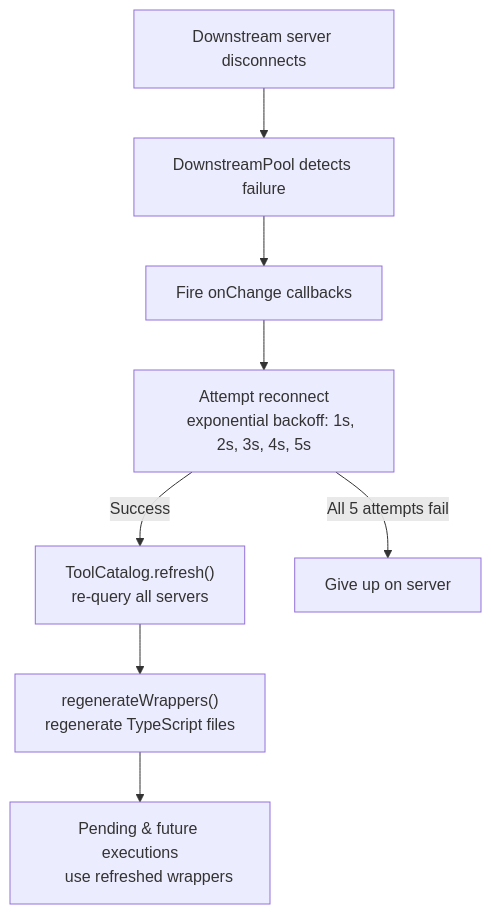
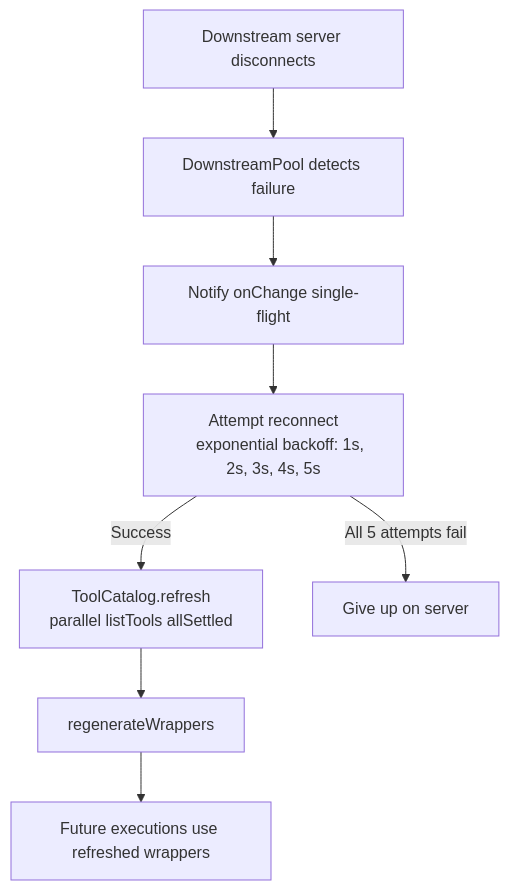
Before and after one commit to dhyaneesh/whitenoise: the third of 3 diagrams in README.md, drawn with Mermaid. The commit also changed other lines of this file and 22 other files, not shown here.

First line of the commit message:
Improve proxy architecture, add Vitest suite, and refresh docs.

````diff
--- a/README.md
+++ b/README.md
@@ -273,14 +277,12 @@
 ```mermaid
 flowchart TD
     A["Downstream server disconnects"] --> B["DownstreamPool detects failure"]
-    B --> C["Fire onChange callbacks"]
+    B --> C["Notify onChange single-flight"]
     C --> D["Attempt reconnect
     exponential backoff: 1s, 2s, 3s, 4s, 5s"]
-    D -->|Success| E["ToolCatalog.refresh()
-    re-query all servers"]
+    D -->|Success| E["ToolCatalog.refresh
+    parallel listTools allSettled"]
     D -->|All 5 attempts fail| F["Give up on server"]
-    E --> G["regenerateWrappers()
-    regenerate TypeScript files"]
-    G --> H["Pending & future executions
-    use refreshed wrappers"]
+    E --> G["regenerateWrappers"]
+    G --> H["Future executions use refreshed wrappers"]
 ```
````
